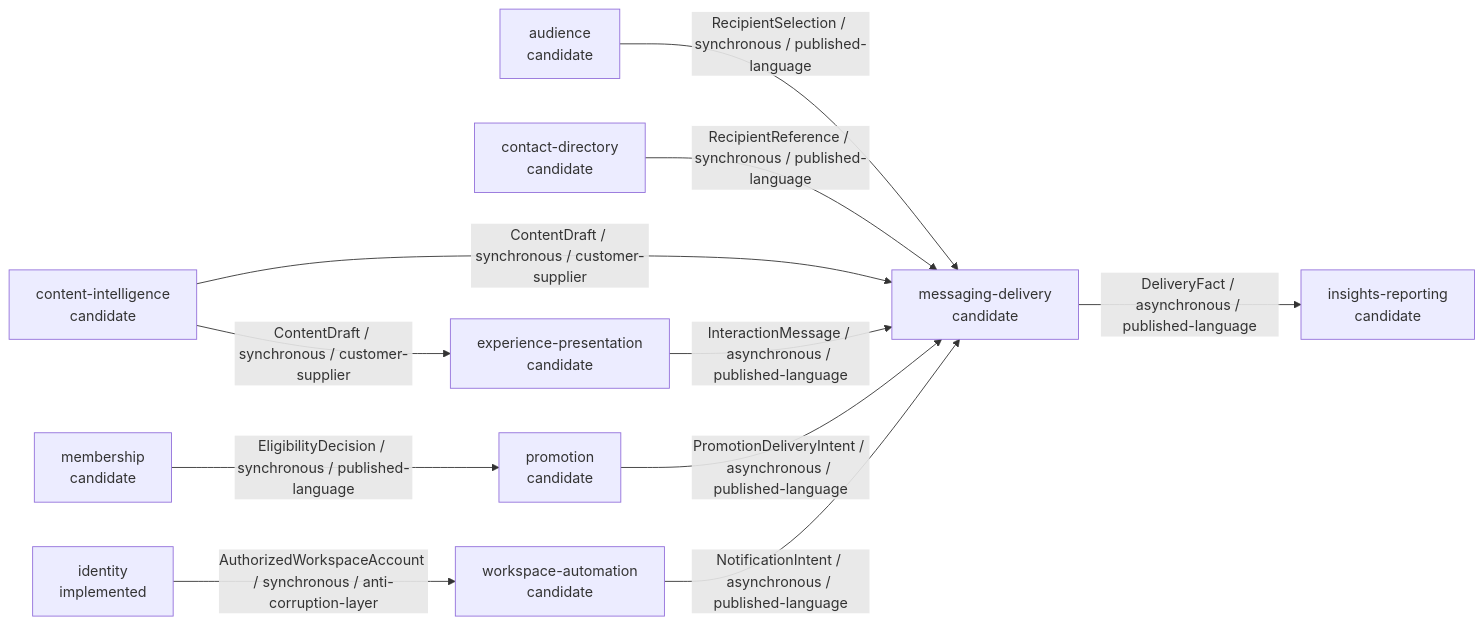
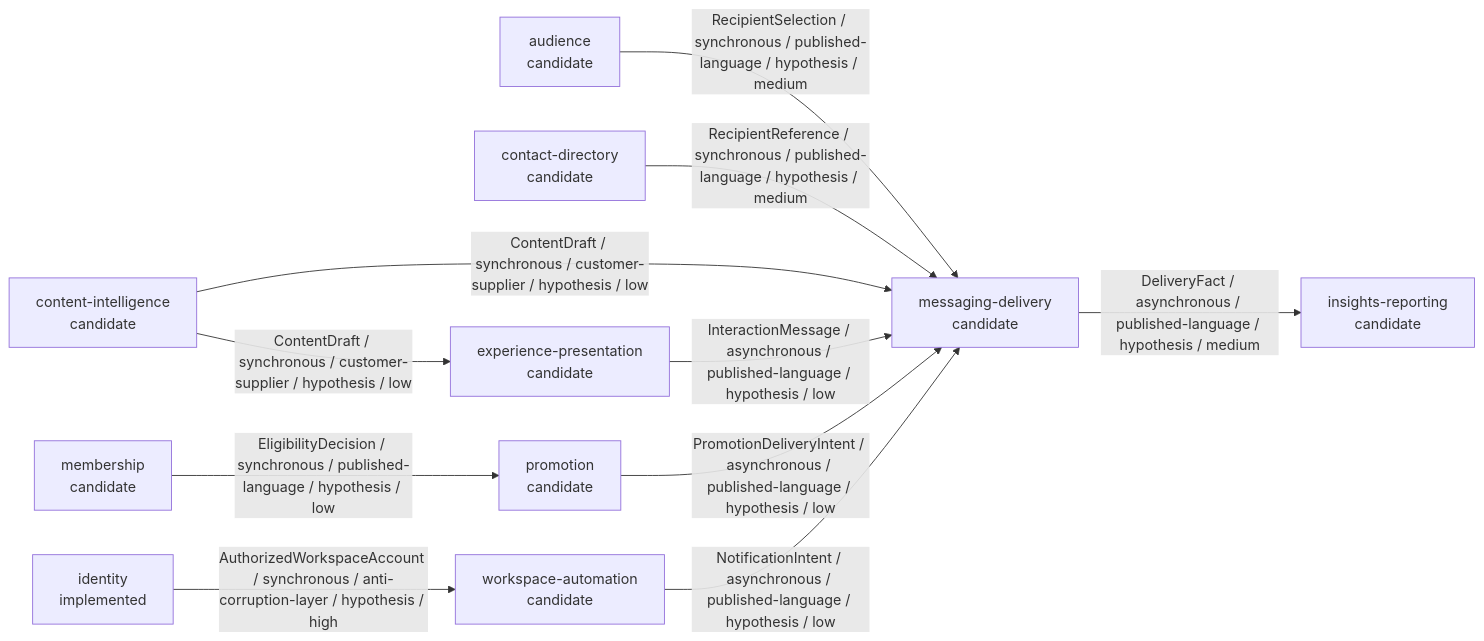
One commit to 963sup/linebot-platform changed the diagram in docs/domain/context-map.md. Above: the diagram before and after it, drawn with Mermaid. The commit also changed other lines of this file and 33 other files, not shown here.

Commit message:
Align Markdown with architecture blueprints

````diff
--- a/docs/domain/context-map.md
+++ b/docs/domain/context-map.md
@@ -84,23 +97,23 @@
 ```mermaid
 flowchart LR
     ctx_audience["audience\ncandidate"]
     ctx_contact_directory["contact-directory\ncandidate"]
     ctx_content_intelligence["content-intelligence\ncandidate"]
     ctx_experience_presentation["experience-presentation\ncandidate"]
     ctx_identity["identity\nimplemented"]
     ctx_insights_reporting["insights-reporting\ncandidate"]
     ctx_membership["membership\ncandidate"]
     ctx_messaging_delivery["messaging-delivery\ncandidate"]
     ctx_promotion["promotion\ncandidate"]
     ctx_workspace_automation["workspace-automation\ncandidate"]
-    ctx_audience -->|RecipientSelection / synchronous / published-language| ctx_messaging_delivery
-    ctx_contact_directory -->|RecipientReference / synchronous / published-language| ctx_messaging_delivery
-    ctx_content_intelligence -->|ContentDraft / synchronous / customer-supplier| ctx_experience_presentation
-    ctx_content_intelligence -->|ContentDraft / synchronous / customer-supplier| ctx_messaging_delivery
-    ctx_experience_presentation -->|InteractionMessage / asynchronous / published-language| ctx_messaging_delivery
-    ctx_identity -->|AuthorizedWorkspaceAccount / synchronous / anti-corruption-layer| ctx_workspace_automation
-    ctx_membership -->|EligibilityDecision / synchronous / published-language| ctx_promotion
-    ctx_messaging_delivery -->|DeliveryFact / asynchronous / published-language| ctx_insights_reporting
-    ctx_promotion -->|PromotionDeliveryIntent / asynchronous / published-language| ctx_messaging_delivery
-    ctx_workspace_automation -->|NotificationIntent / asynchronous / published-language| ctx_messaging_delivery
+    ctx_audience -->|RecipientSelection / synchronous / published-language / hypothesis / medium| ctx_messaging_delivery
+    ctx_contact_directory -->|RecipientReference / synchronous / published-language / hypothesis / medium| ctx_messaging_delivery
+    ctx_content_intelligence -->|ContentDraft / synchronous / customer-supplier / hypothesis / low| ctx_experience_presentation
+    ctx_content_intelligence -->|ContentDraft / synchronous / customer-supplier / hypothesis / low| ctx_messaging_delivery
+    ctx_experience_presentation -->|InteractionMessage / asynchronous / published-language / hypothesis / low| ctx_messaging_delivery
+    ctx_identity -->|AuthorizedWorkspaceAccount / synchronous / anti-corruption-layer / hypothesis / high| ctx_workspace_automation
+    ctx_membership -->|EligibilityDecision / synchronous / published-language / hypothesis / low| ctx_promotion
+    ctx_messaging_delivery -->|DeliveryFact / asynchronous / published-language / hypothesis / medium| ctx_insights_reporting
+    ctx_promotion -->|PromotionDeliveryIntent / asynchronous / published-language / hypothesis / low| ctx_messaging_delivery
+    ctx_workspace_automation -->|NotificationIntent / asynchronous / published-language / hypothesis / low| ctx_messaging_delivery
 ```
````
